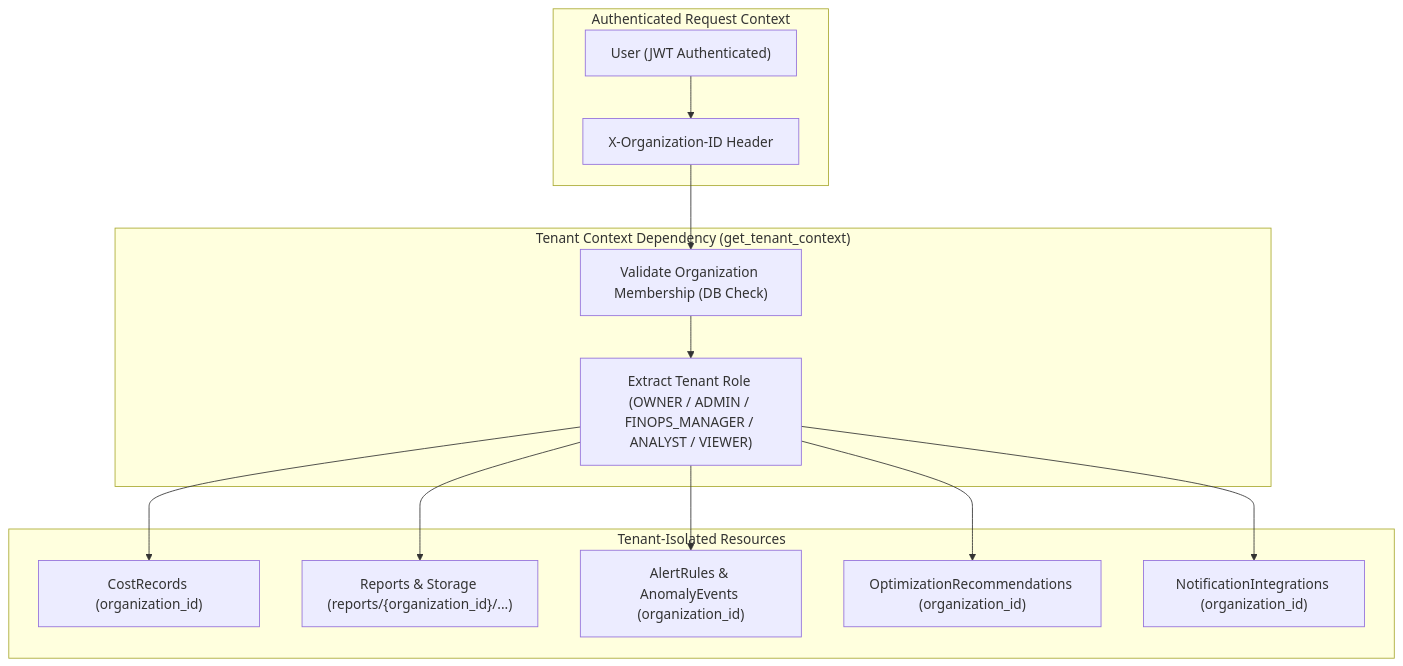
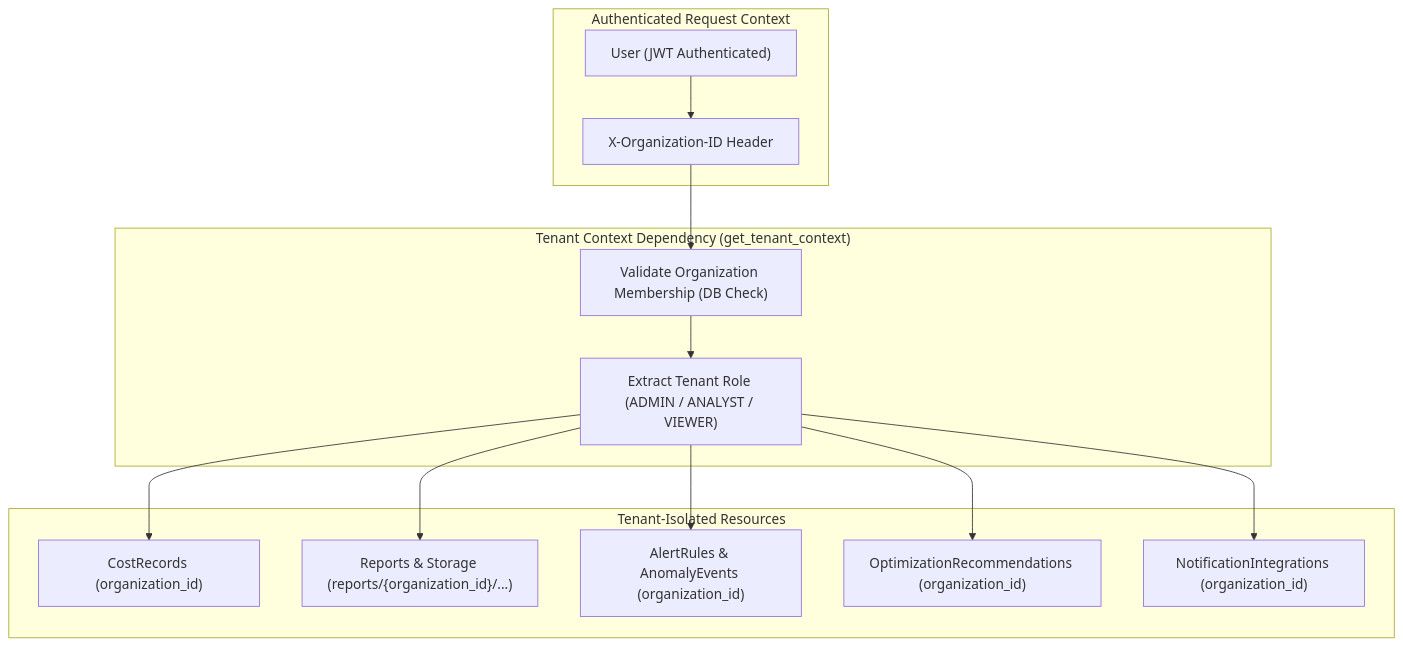
The fifth of 6 diagrams in docs/ARCHITECTURE.md (bh-gaur/cloud-cost-intelligence), drawn with Mermaid before and after one commit. The commit also changed other lines of this file and 62 other files, not shown here.

````diff
--- a/docs/ARCHITECTURE.md
+++ b/docs/ARCHITECTURE.md
@@ -183,23 +170,23 @@
 ```mermaid
 flowchart TD
     subgraph AuthContext ["Authenticated Request Context"]
         User["User (JWT Authenticated)"]
         Header["X-Organization-ID Header"]
     end
 
     subgraph TenantGuard ["Tenant Context Dependency (get_tenant_context)"]
         Verify["Validate Organization Membership (DB Check)"]
-        RoleCheck["Extract Tenant Role (OWNER / ADMIN / FINOPS_MANAGER / ANALYST / VIEWER)"]
+        RoleCheck["Extract Tenant Role (ADMIN / ANALYST / VIEWER)"]
     end
 
     subgraph DataIsolation ["Tenant-Isolated Resources"]
         CostRecs["CostRecords (organization_id)"]
         Reports["Reports & Storage (reports/{organization_id}/...)"]
         Alerts["AlertRules & AnomalyEvents (organization_id)"]
         Recs["OptimizationRecommendations (organization_id)"]
         Integrations["NotificationIntegrations (organization_id)"]
     end
 
     User --> Header --> Verify --> RoleCheck
     RoleCheck --> CostRecs & Reports & Alerts & Recs & Integrations
 ```
````
